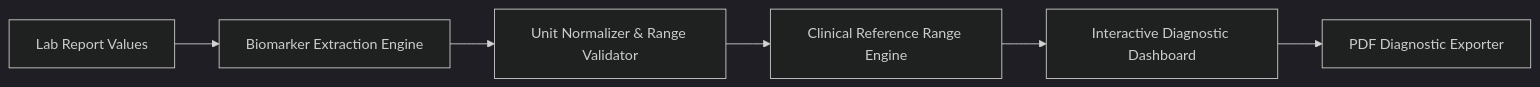
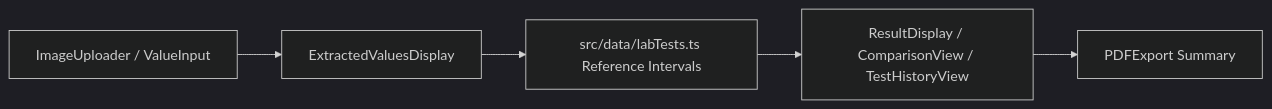
The diagram in README.md (StratagemVX/Lab-Clarity-Final), drawn with Mermaid (dark theme) before and after one commit. The commit also changed other lines of this file, not shown here.

````diff
--- a/README.md
+++ b/README.md
@@ -31,8 +23,7 @@
 ```mermaid
 flowchart LR
-    Report[Lab Report Values] --> Parser[Biomarker Extraction Engine]
-    Parser --> Validator[Unit Normalizer & Range Validator]
-    Validator --> Evaluator[Clinical Reference Range Engine]
-    Evaluator --> UI[Interactive Diagnostic Dashboard]
-    UI --> PDF[PDF Diagnostic Exporter]
+    Input[ImageUploader / ValueInput] --> Parse[ExtractedValuesDisplay]
+    Parse --> Ref[src/data/labTests.ts Reference Intervals]
+    Ref --> Views[ResultDisplay / ComparisonView / TestHistoryView]
+    Views --> Export[PDFExport Summary]
 ```
````
